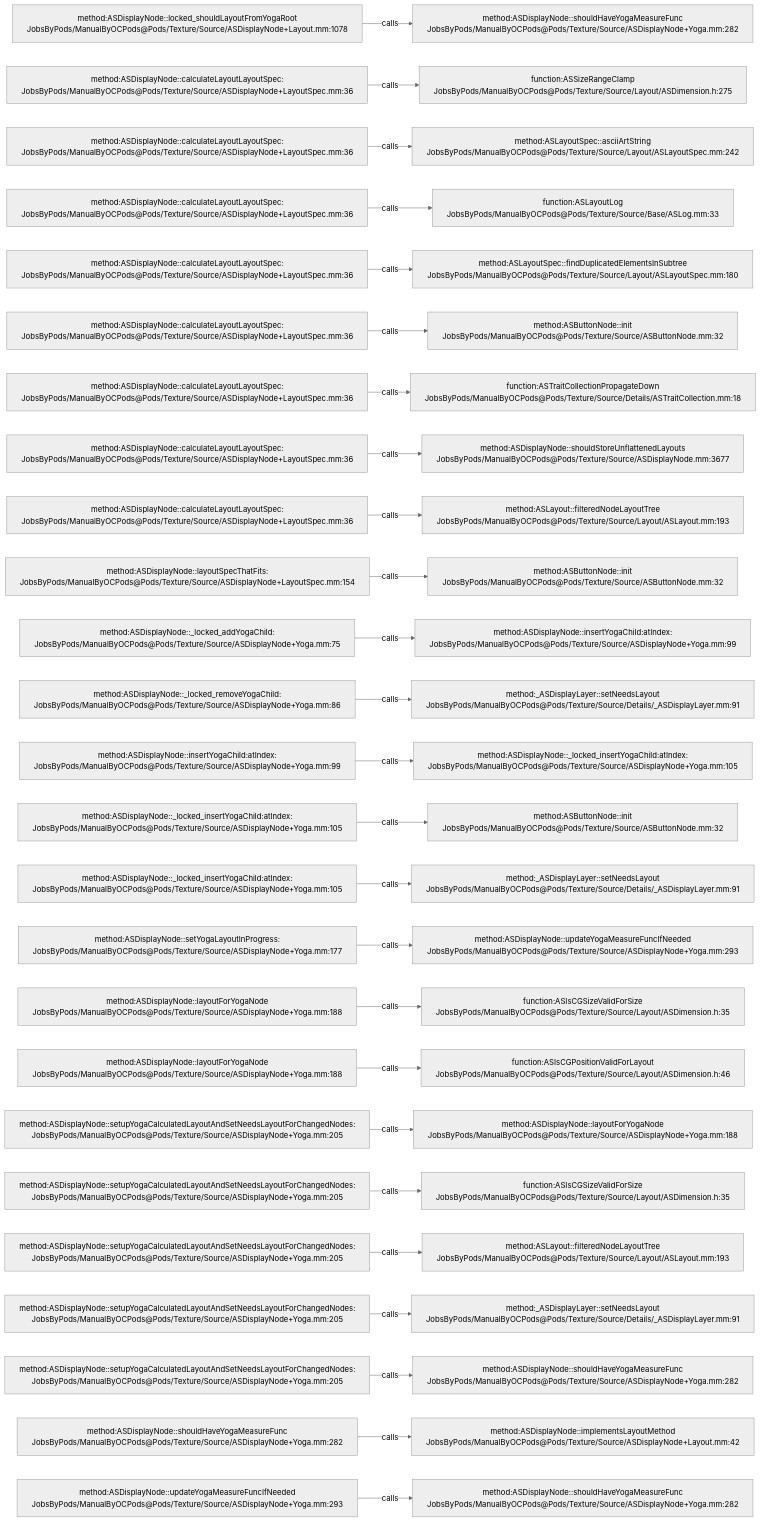
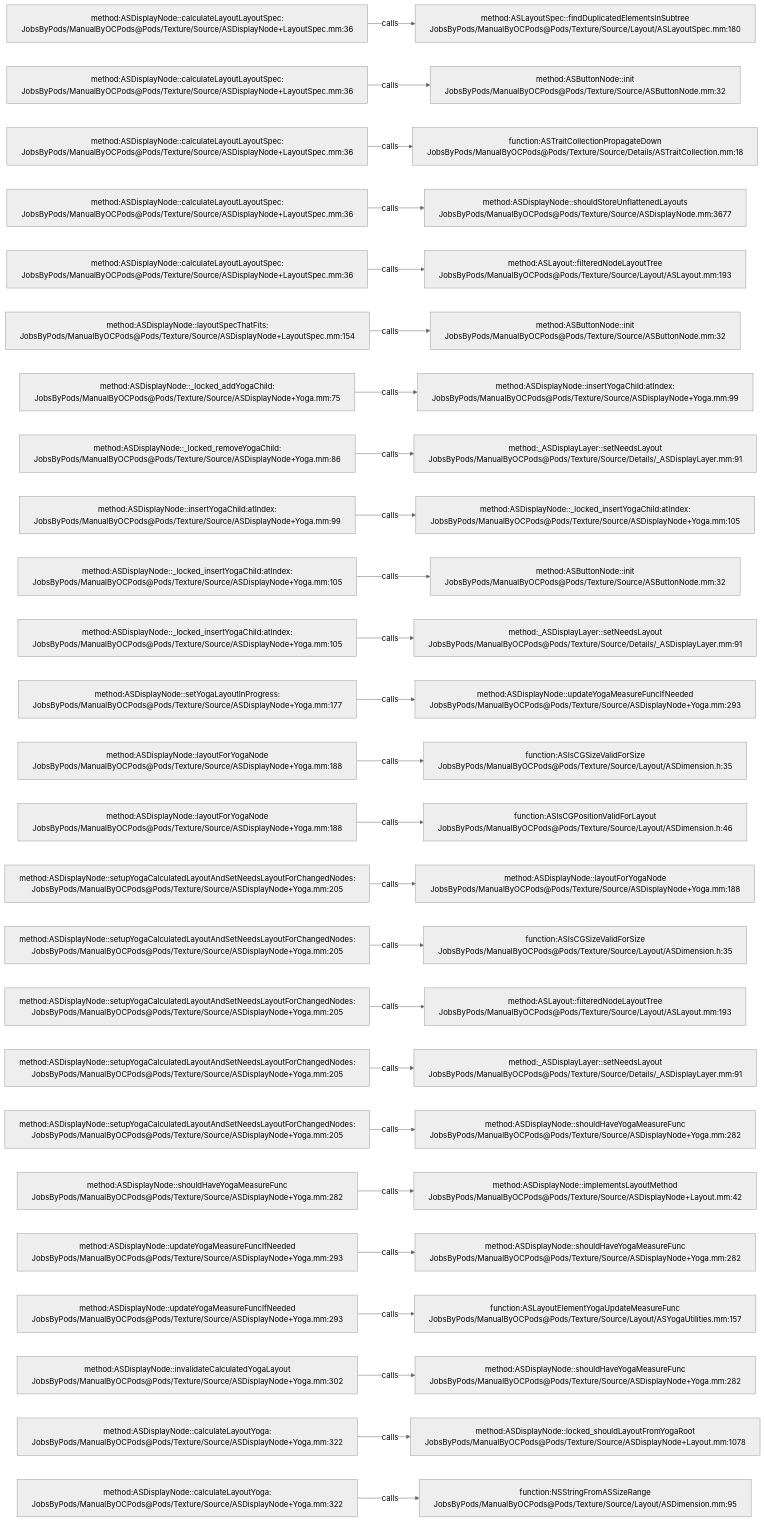
Before and after one commit to JobsKits/JobsOCBaseConfigDemo: the diagram in .codegraph/codegraph.md/graphs/calls-092.md, drawn with Mermaid (neutral theme). The commit also changed 727 other files, not shown here.

````diff
--- a/.codegraph/codegraph.md/graphs/calls-092.md
+++ b/.codegraph/codegraph.md/graphs/calls-092.md
@@ -13,78 +13,78 @@
 ```mermaid
 flowchart LR
-  S1["method:ASDisplayNode::locked_shouldLayoutFromYogaRoot<br/>JobsByPods/ManualByOCPods@Pods/Texture/Source/ASDisplayNode+Layout.mm:1078"]
-  T1["method:ASDisplayNode::shouldHaveYogaMeasureFunc<br/>JobsByPods/ManualByOCPods@Pods/Texture/Source/ASDisplayNode+Yoga.mm:282"]
+  S1["method:ASDisplayNode::calculateLayoutLayoutSpec:<br/>JobsByPods/ManualByOCPods@Pods/Texture/Source/ASDisplayNode+LayoutSpec.mm:36"]
+  T1["method:ASLayoutSpec::findDuplicatedElementsInSubtree<br/>JobsByPods/ManualByOCPods@Pods/Texture/Source/Layout/ASLayoutSpec.mm:180"]
   S1 -->|calls| T1
   S2["method:ASDisplayNode::calculateLayoutLayoutSpec:<br/>JobsByPods/ManualByOCPods@Pods/Texture/Source/ASDisplayNode+LayoutSpec.mm:36"]
-  T2["function:ASSizeRangeClamp<br/>JobsByPods/ManualByOCPods@Pods/Texture/Source/Layout/ASDimension.h:275"]
+  T2["method:ASButtonNode::init<br/>JobsByPods/ManualByOCPods@Pods/Texture/Source/ASButtonNode.mm:32"]
   S2 -->|calls| T2
   S3["method:ASDisplayNode::calculateLayoutLayoutSpec:<br/>JobsByPods/ManualByOCPods@Pods/Texture/Source/ASDisplayNode+LayoutSpec.mm:36"]
-  T3["method:ASLayoutSpec::asciiArtString<br/>JobsByPods/ManualByOCPods@Pods/Texture/Source/Layout/ASLayoutSpec.mm:242"]
+  T3["function:ASTraitCollectionPropagateDown<br/>JobsByPods/ManualByOCPods@Pods/Texture/Source/Details/ASTraitCollection.mm:18"]
   S3 -->|calls| T3
   S4["method:ASDisplayNode::calculateLayoutLayoutSpec:<br/>JobsByPods/ManualByOCPods@Pods/Texture/Source/ASDisplayNode+LayoutSpec.mm:36"]
-  T4["function:ASLayoutLog<br/>JobsByPods/ManualByOCPods@Pods/Texture/Source/Base/ASLog.mm:33"]
+  T4["method:ASDisplayNode::shouldStoreUnflattenedLayouts<br/>JobsByPods/ManualByOCPods@Pods/Texture/Source/ASDisplayNode.mm:3677"]
   S4 -->|calls| T4
   S5["method:ASDisplayNode::calculateLayoutLayoutSpec:<br/>JobsByPods/ManualByOCPods@Pods/Texture/Source/ASDisplayNode+LayoutSpec.mm:36"]
-  T5["method:ASLayoutSpec::findDuplicatedElementsInSubtree<br/>JobsByPods/ManualByOCPods@Pods/Texture/Source/Layout/ASLayoutSpec.mm:180"]
+  T5["method:ASLayout::filteredNodeLayoutTree<br/>JobsByPods/ManualByOCPods@Pods/Texture/Source/Layout/ASLayout.mm:193"]
   S5 -->|calls| T5
-  S6["method:ASDisplayNode::calculateLayoutLayoutSpec:<br/>JobsByPods/ManualByOCPods@Pods/Texture/Source/ASDisplayNode+LayoutSpec.mm:36"]
+  S6["method:ASDisplayNode::layoutSpecThatFits:<br/>JobsByPods/ManualByOCPods@Pods/Texture/Source/ASDisplayNode+LayoutSpec.mm:154"]
   T6["method:ASButtonNode::init<br/>JobsByPods/ManualByOCPods@Pods/Texture/Source/ASButtonNode.mm:32"]
   S6 -->|calls| T6
-  S7["method:ASDisplayNode::calculateLayoutLayoutSpec:<br/>JobsByPods/ManualByOCPods@Pods/Texture/Source/ASDisplayNode+LayoutSpec.mm:36"]
-  T7["function:ASTraitCollectionPropagateDown<br/>JobsByPods/ManualByOCPods@Pods/Texture/Source/Details/ASTraitCollection.mm:18"]
+  S7["method:ASDisplayNode::_locked_addYogaChild:<br/>JobsByPods/ManualByOCPods@Pods/Texture/Source/ASDisplayNode+Yoga.mm:75"]
+  T7["method:ASDisplayNode::insertYogaChild:atIndex:<br/>JobsByPods/ManualByOCPods@Pods/Texture/Source/ASDisplayNode+Yoga.mm:99"]
   S7 -->|calls| T7
-  S8["method:ASDisplayNode::calculateLayoutLayoutSpec:<br/>JobsByPods/ManualByOCPods@Pods/Texture/Source/ASDisplayNode+LayoutSpec.mm:36"]
-  T8["method:ASDisplayNode::shouldStoreUnflattenedLayouts<br/>JobsByPods/ManualByOCPods@Pods/Texture/Source/ASDisplayNode.mm:3677"]
+  S8["method:ASDisplayNode::_locked_removeYogaChild:<br/>JobsByPods/ManualByOCPods@Pods/Texture/Source/ASDisplayNode+Yoga.mm:86"]
+  T8["method:_ASDisplayLayer::setNeedsLayout<br/>JobsByPods/ManualByOCPods@Pods/Texture/Source/Details/_ASDisplayLayer.mm:91"]
   S8 -->|calls| T8
-  S9["method:ASDisplayNode::calculateLayoutLayoutSpec:<br/>JobsByPods/ManualByOCPods@Pods/Texture/Source/ASDisplayNode+LayoutSpec.mm:36"]
-  T9["method:ASLayout::filteredNodeLayoutTree<br/>JobsByPods/ManualByOCPods@Pods/Texture/Source/Layout/ASLayout.mm:193"]
+  S9["method:ASDisplayNode::insertYogaChild:atIndex:<br/>JobsByPods/ManualByOCPods@Pods/Texture/Source/ASDisplayNode+Yoga.mm:99"]
+  T9["method:ASDisplayNode::_locked_insertYogaChild:atIndex:<br/>JobsByPods/ManualByOCPods@Pods/Texture/Source/ASDisplayNode+Yoga.mm:105"]
   S9 -->|calls| T9
-  S10["method:ASDisplayNode::layoutSpecThatFits:<br/>JobsByPods/ManualByOCPods@Pods/Texture/Source/ASDisplayNode+LayoutSpec.mm:154"]
+  S10["method:ASDisplayNode::_locked_insertYogaChild:atIndex:<br/>JobsByPods/ManualByOCPods@Pods/Texture/Source/ASDisplayNode+Yoga.mm:105"]
   T10["method:ASButtonNode::init<br/>JobsByPods/ManualByOCPods@Pods/Texture/Source/ASButtonNode.mm:32"]
   S10 -->|calls| T10
-  S11["method:ASDisplayNode::_locked_addYogaChild:<br/>JobsByPods/ManualByOCPods@Pods/Texture/Source/ASDisplayNode+Yoga.mm:75"]
-  T11["method:ASDisplayNode::insertYogaChild:atIndex:<br/>JobsByPods/ManualByOCPods@Pods/Texture/Source/ASDisplayNode+Yoga.mm:99"]
+  S11["method:ASDisplayNode::_locked_insertYogaChild:atIndex:<br/>JobsByPods/ManualByOCPods@Pods/Texture/Source/ASDisplayNode+Yoga.mm:105"]
+  T11["method:_ASDisplayLayer::setNeedsLayout<br/>JobsByPods/ManualByOCPods@Pods/Texture/Source/Details/_ASDisplayLayer.mm:91"]
   S11 -->|calls| T11
-  S12["method:ASDisplayNode::_locked_removeYogaChild:<br/>JobsByPods/ManualByOCPods@Pods/Texture/Source/ASDisplayNode+Yoga.mm:86"]
-  T12["method:_ASDisplayLayer::setNeedsLayout<br/>JobsByPods/ManualByOCPods@Pods/Texture/Source/Details/_ASDisplayLayer.mm:91"]
+  S12["method:ASDisplayNode::setYogaLayoutInProgress:<br/>JobsByPods/ManualByOCPods@Pods/Texture/Source/ASDisplayNode+Yoga.mm:177"]
+  T12["method:ASDisplayNode::updateYogaMeasureFuncIfNeeded<br/>JobsByPods/ManualByOCPods@Pods/Texture/Source/ASDisplayNode+Yoga.mm:293"]
   S12 -->|calls| T12
-  S13["method:ASDisplayNode::insertYogaChild:atIndex:<br/>JobsByPods/ManualByOCPods@Pods/Texture/Source/ASDisplayNode+Yoga.mm:99"]
-  T13["method:ASDisplayNode::_locked_insertYogaChild:atIndex:<br/>JobsByPods/ManualByOCPods@Pods/Texture/Source/ASDisplayNode+Yoga.mm:105"]
+  S13["method:ASDisplayNode::layoutForYogaNode<br/>JobsByPods/ManualByOCPods@Pods/Texture/Source/ASDisplayNode+Yoga.mm:188"]
+  T13["function:ASIsCGSizeValidForSize<br/>JobsByPods/ManualByOCPods@Pods/Texture/Source/Layout/ASDimension.h:35"]
   S13 -->|calls| T13
-  S14["method:ASDisplayNode::_locked_insertYogaChild:atIndex:<br/>JobsByPods/ManualByOCPods@Pods/Texture/Source/ASDisplayNode+Yoga.mm:105"]
-  T14["method:ASButtonNode::init<br/>JobsByPods/ManualByOCPods@Pods/Texture/Source/ASButtonNode.mm:32"]
+  S14["method:ASDisplayNode::layoutForYogaNode<br/>JobsByPods/ManualByOCPods@Pods/Texture/Source/ASDisplayNode+Yoga.mm:188"]
+  T14["function:ASIsCGPositionValidForLayout<br/>JobsByPods/ManualByOCPods@Pods/Texture/Source/Layout/ASDimension.h:46"]
   S14 -->|calls| T14
-  S15["method:ASDisplayNode::_locked_insertYogaChild:atIndex:<br/>JobsByPods/ManualByOCPods@Pods/Texture/Source/ASDisplayNode+Yoga.mm:105"]
-  T15["method:_ASDisplayLayer::setNeedsLayout<br/>JobsByPods/ManualByOCPods@Pods/Texture/Source/Details/_ASDisplayLayer.mm:91"]
+  S15["method:ASDisplayNode::setupYogaCalculatedLayoutAndSetNeedsLayoutForChangedNodes:<br/>JobsByPods/ManualByOCPods@Pods/Texture/Source/ASDisplayNode+Yoga.mm:205"]
+  T15["method:ASDisplayNode::layoutForYogaNode<br/>JobsByPods/ManualByOCPods@Pods/Texture/Source/ASDisplayNode+Yoga.mm:188"]
   S15 -->|calls| T15
-  S16["method:ASDisplayNode::setYogaLayoutInProgress:<br/>JobsByPods/ManualByOCPods@Pods/Texture/Source/ASDisplayNode+Yoga.mm:177"]
-  T16["method:ASDisplayNode::updateYogaMeasureFuncIfNeeded<br/>JobsByPods/ManualByOCPods@Pods/Texture/Source/ASDisplayNode+Yoga.mm:293"]
+  S16["method:ASDisplayNode::setupYogaCalculatedLayoutAndSetNeedsLayoutForChangedNodes:<br/>JobsByPods/ManualByOCPods@Pods/Texture/Source/ASDisplayNode+Yoga.mm:205"]
+  T16["function:ASIsCGSizeValidForSize<br/>JobsByPods/ManualByOCPods@Pods/Texture/Source/Layout/ASDimension.h:35"]
   S16 -->|calls| T16
-  S17["method:ASDisplayNode::layoutForYogaNode<br/>JobsByPods/ManualByOCPods@Pods/Texture/Source/ASDisplayNode+Yoga.mm:188"]
-  T17["function:ASIsCGSizeValidForSize<br/>JobsByPods/ManualByOCPods@Pods/Texture/Source/Layout/ASDimension.h:35"]
+  S17["method:ASDisplayNode::setupYogaCalculatedLayoutAndSetNeedsLayoutForChangedNodes:<br/>JobsByPods/ManualByOCPods@Pods/Texture/Source/ASDisplayNode+Yoga.mm:205"]
+  T17["method:ASLayout::filteredNodeLayoutTree<br/>JobsByPods/ManualByOCPods@Pods/Texture/Source/Layout/ASLayout.mm:193"]
   S17 -->|calls| T17
-  S18["method:ASDisplayNode::layoutForYogaNode<br/>JobsByPods/ManualByOCPods@Pods/Texture/Source/ASDisplayNode+Yoga.mm:188"]
-  T18["function:ASIsCGPositionValidForLayout<br/>JobsByPods/ManualByOCPods@Pods/Texture/Source/Layout/ASDimension.h:46"]
+  S18["method:ASDisplayNode::setupYogaCalculatedLayoutAndSetNeedsLayoutForChangedNodes:<br/>JobsByPods/ManualByOCPods@Pods/Texture/Source/ASDisplayNode+Yoga.mm:205"]
+  T18["method:_ASDisplayLayer::setNeedsLayout<br/>JobsByPods/ManualByOCPods@Pods/Texture/Source/Details/_ASDisplayLayer.mm:91"]
   S18 -->|calls| T18
   S19["method:ASDisplayNode::setupYogaCalculatedLayoutAndSetNeedsLayoutForChangedNodes:<br/>JobsByPods/ManualByOCPods@Pods/Texture/Source/ASDisplayNode+Yoga.mm:205"]
-  T19["method:ASDisplayNode::layoutForYogaNode<br/>JobsByPods/ManualByOCPods@Pods/Texture/Source/ASDisplayNode+Yoga.mm:188"]
+  T19["method:ASDisplayNode::shouldHaveYogaMeasureFunc<br/>JobsByPods/ManualByOCPods@Pods/Texture/Source/ASDisplayNode+Yoga.mm:282"]
   S19 -->|calls| T19
-  S20["method:ASDisplayNode::setupYogaCalculatedLayoutAndSetNeedsLayoutForChangedNodes:<br/>JobsByPods/ManualByOCPods@Pods/Texture/Source/ASDisplayNode+Yoga.mm:205"]
-  T20["function:ASIsCGSizeValidForSize<br/>JobsByPods/ManualByOCPods@Pods/Texture/Source/Layout/ASDimension.h:35"]
+  S20["method:ASDisplayNode::shouldHaveYogaMeasureFunc<br/>JobsByPods/ManualByOCPods@Pods/Texture/Source/ASDisplayNode+Yoga.mm:282"]
+  T20["method:ASDisplayNode::implementsLayoutMethod<br/>JobsByPods/ManualByOCPods@Pods/Texture/Source/ASDisplayNode+Layout.mm:42"]
   S20 -->|calls| T20
-  S21["method:ASDisplayNode::setupYogaCalculatedLayoutAndSetNeedsLayoutForChangedNodes:<br/>JobsByPods/ManualByOCPods@Pods/Texture/Source/ASDisplayNode+Yoga.mm:205"]
-  T21["method:ASLayout::filteredNodeLayoutTree<br/>JobsByPods/ManualByOCPods@Pods/Texture/Source/Layout/ASLayout.mm:193"]
+  S21["method:ASDisplayNode::updateYogaMeasureFuncIfNeeded<br/>JobsByPods/ManualByOCPods@Pods/Texture/Source/ASDisplayNode+Yoga.mm:293"]
+  T21["method:ASDisplayNode::shouldHaveYogaMeasureFunc<br/>JobsByPods/ManualByOCPods@Pods/Texture/Source/ASDisplayNode+Yoga.mm:282"]
   S21 -->|calls| T21
-  S22["method:ASDisplayNode::setupYogaCalculatedLayoutAndSetNeedsLayoutForChangedNodes:<br/>JobsByPods/ManualByOCPods@Pods/Texture/Source/ASDisplayNode+Yoga.mm:205"]
-  T22["method:_ASDisplayLayer::setNeedsLayout<br/>JobsByPods/ManualByOCPods@Pods/Texture/Source/Details/_ASDisplayLayer.mm:91"]
+  S22["method:ASDisplayNode::updateYogaMeasureFuncIfNeeded<br/>JobsByPods/ManualByOCPods@Pods/Texture/Source/ASDisplayNode+Yoga.mm:293"]
+  T22["function:ASLayoutElementYogaUpdateMeasureFunc<br/>JobsByPods/ManualByOCPods@Pods/Texture/Source/Layout/ASYogaUtilities.mm:157"]
   S22 -->|calls| T22
-  S23["method:ASDisplayNode::setupYogaCalculatedLayoutAndSetNeedsLayoutForChangedNodes:<br/>JobsByPods/ManualByOCPods@Pods/Texture/Source/ASDisplayNode+Yoga.mm:205"]
+  S23["method:ASDisplayNode::invalidateCalculatedYogaLayout<br/>JobsByPods/ManualByOCPods@Pods/Texture/Source/ASDisplayNode+Yoga.mm:302"]
   T23["method:ASDisplayNode::shouldHaveYogaMeasureFunc<br/>JobsByPods/ManualByOCPods@Pods/Texture/Source/ASDisplayNode+Yoga.mm:282"]
   S23 -->|calls| T23
-  S24["method:ASDisplayNode::shouldHaveYogaMeasureFunc<br/>JobsByPods/ManualByOCPods@Pods/Texture/Source/ASDisplayNode+Yoga.mm:282"]
-  T24["method:ASDisplayNode::implementsLayoutMethod<br/>JobsByPods/ManualByOCPods@Pods/Texture/Source/ASDisplayNode+Layout.mm:42"]
+  S24["method:ASDisplayNode::calculateLayoutYoga:<br/>JobsByPods/ManualByOCPods@Pods/Texture/Source/ASDisplayNode+Yoga.mm:322"]
+  T24["method:ASDisplayNode::locked_shouldLayoutFromYogaRoot<br/>JobsByPods/ManualByOCPods@Pods/Texture/Source/ASDisplayNode+Layout.mm:1078"]
   S24 -->|calls| T24
-  S25["method:ASDisplayNode::updateYogaMeasureFuncIfNeeded<br/>JobsByPods/ManualByOCPods@Pods/Texture/Source/ASDisplayNode+Yoga.mm:293"]
-  T25["method:ASDisplayNode::shouldHaveYogaMeasureFunc<br/>JobsByPods/ManualByOCPods@Pods/Texture/Source/ASDisplayNode+Yoga.mm:282"]
+  S25["method:ASDisplayNode::calculateLayoutYoga:<br/>JobsByPods/ManualByOCPods@Pods/Texture/Source/ASDisplayNode+Yoga.mm:322"]
+  T25["function:NSStringFromASSizeRange<br/>JobsByPods/ManualByOCPods@Pods/Texture/Source/Layout/ASDimension.mm:95"]
   S25 -->|calls| T25
 ```
````
